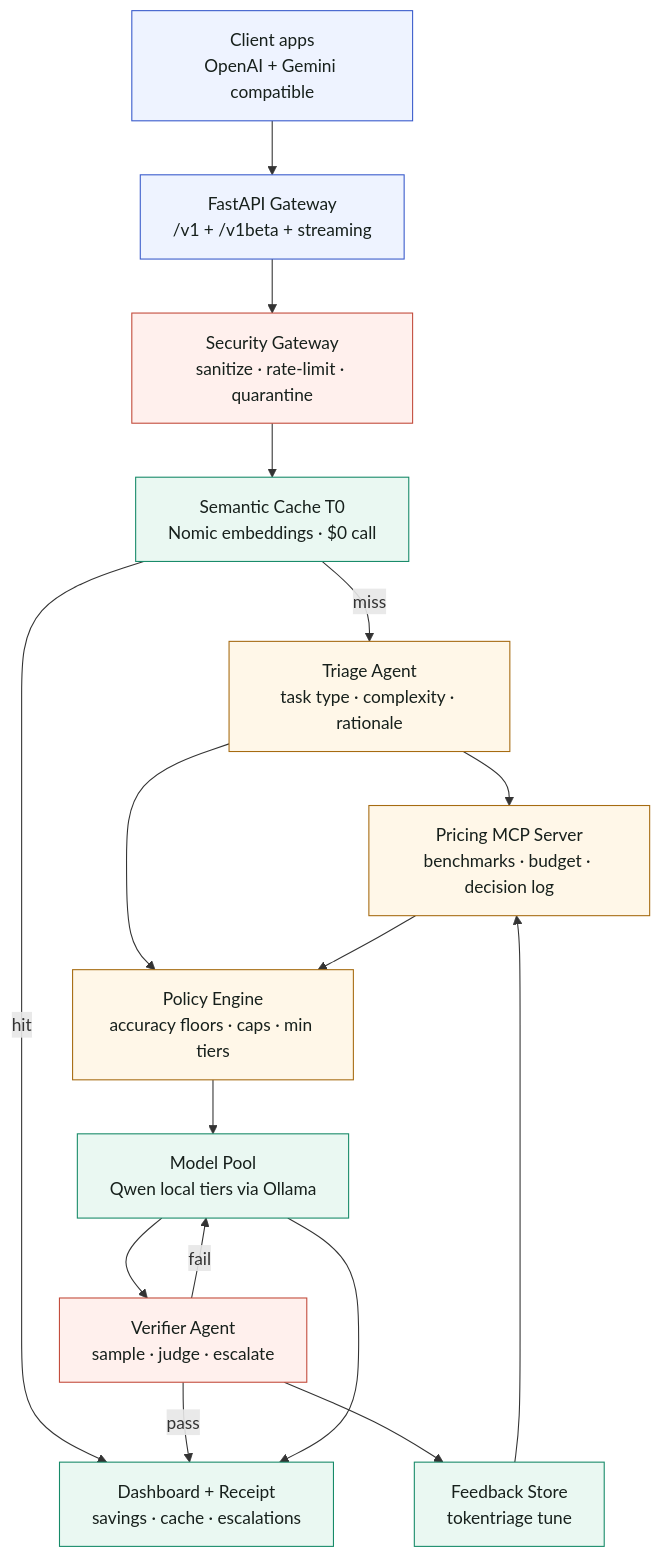
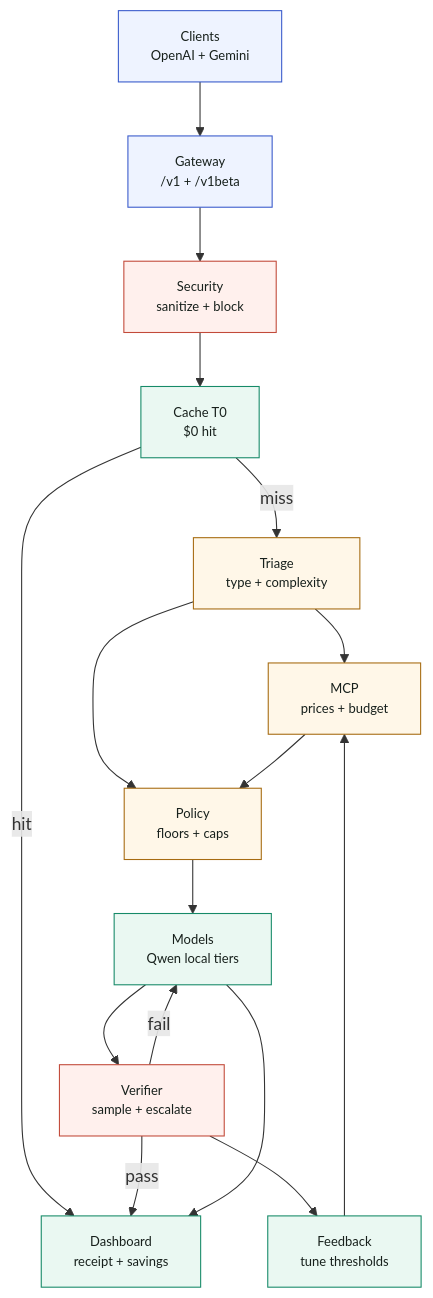
One commit to kirankigi5/tokentriage changed the diagram in README.md. Above: the diagram before and after it, drawn with Mermaid.

Commit message:
refactor: Simplify flowchart labels and enhance readability in README

````diff
--- a/README.md
+++ b/README.md
@@ -100,37 +100,49 @@
 ```mermaid
 flowchart TD
-    Client["Client apps<br/>OpenAI + Gemini compatible"]
-    Gateway["FastAPI Gateway<br/>/v1 + /v1beta + streaming"]
-    Security["Security Gateway<br/>sanitize · rate-limit · quarantine"]
-    Cache["Semantic Cache T0<br/>Nomic embeddings · $0 call"]
-    Triage["Triage Agent<br/>task type · complexity · rationale"]
-    MCP["Pricing MCP Server<br/>benchmarks · budget · decision log"]
-    Policy["Policy Engine<br/>accuracy floors · caps · min tiers"]
-    Models["Model Pool<br/>Qwen local tiers via Ollama"]
-    Verify["Verifier Agent<br/>sample · judge · escalate"]
-    Tune["Feedback Store<br/>tokentriage tune"]
-    Dash["Dashboard + Receipt<br/>savings · cache · escalations"]
+    Client["Clients<br/>OpenAI + Gemini"]
+    Gateway["Gateway<br/>/v1 + /v1beta"]
+    Security["Security<br/>sanitize + block"]
+    Cache["Cache T0<br/>$0 hit"]
+    Triage["Triage<br/>type + complexity"]
+    MCP["MCP<br/>prices + budget"]
+    Policy["Policy<br/>floors + caps"]
+    Models["Models<br/>Qwen local tiers"]
+    Verify["Verifier<br/>sample + escalate"]
+    Tune["Feedback<br/>tune thresholds"]
+    Dash["Dashboard<br/>receipt + savings"]
 
     Client --> Gateway --> Security --> Cache
     Cache -- hit --> Dash
     Cache -- miss --> Triage
     Triage --> MCP
     Triage --> Policy
     MCP --> Policy
     Policy --> Models
     Models --> Verify
     Verify -- pass --> Dash
     Verify -- fail --> Models
     Verify --> Tune --> MCP
     Models --> Dash
 
     classDef ingress fill:#eef3ff,stroke:#385acb,color:#17201c
     classDef control fill:#fff7e8,stroke:#a66b11,color:#17201c
     classDef save fill:#eaf8f2,stroke:#168a68,color:#17201c
     classDef risk fill:#fff0ed,stroke:#c24a3a,color:#17201c
 
     class Client,Gateway ingress
     class Security,Verify risk
     class Cache,Models,Dash,Tune save
     class Triage,MCP,Policy control
+
+    style Client font-size:12px
+    style Gateway font-size:12px
+    style Security font-size:12px
+    style Cache font-size:12px
+    style Triage font-size:12px
+    style MCP font-size:12px
+    style Policy font-size:12px
+    style Models font-size:12px
+    style Verify font-size:12px
+    style Tune font-size:12px
+    style Dash font-size:12px
 ```
````
